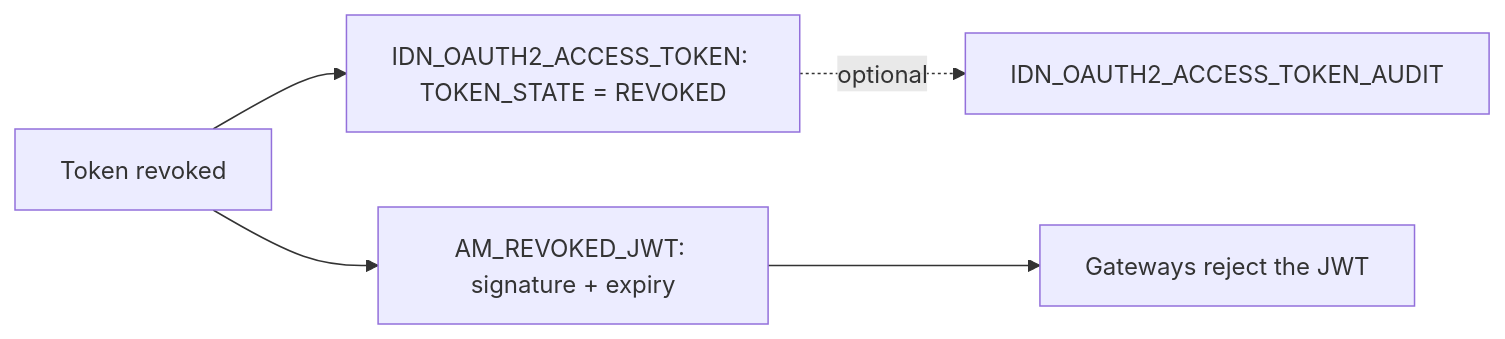
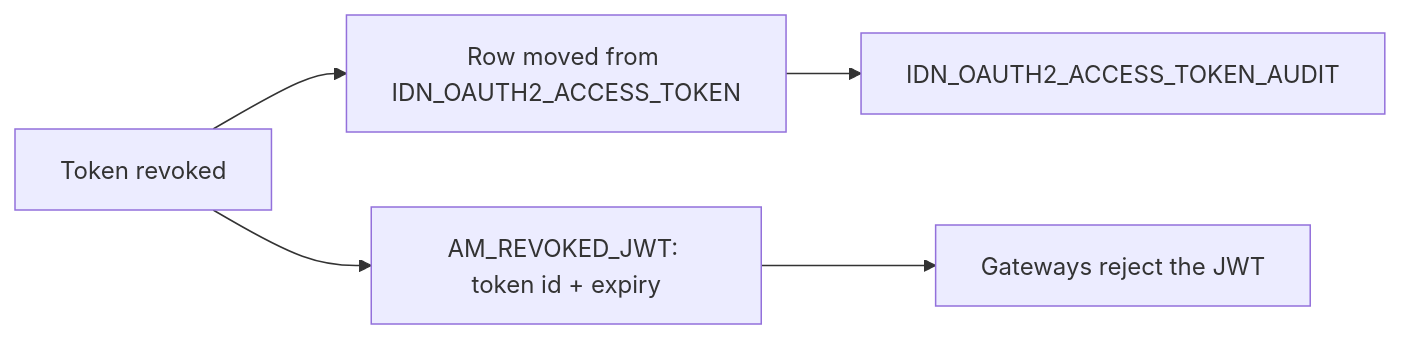
The diagram in docs/apim-3/domains/revocation.md (SaviNimz/apim-db-docs), drawn with Mermaid before and after one commit. The commit also changed other lines of this file and 55 other files, not shown here.

First line of the commit message:
Verify all core flows against running 3.2.0 and 4.7.0 servers

````diff
--- a/docs/apim-3/domains/revocation.md
+++ b/docs/apim-3/domains/revocation.md
@@ -19,7 +19,7 @@
 ```mermaid
 flowchart LR
-    R[Token revoked] --> T[IDN_OAUTH2_ACCESS_TOKEN: TOKEN_STATE = REVOKED]
-    R --> J[AM_REVOKED_JWT: signature + expiry]
+    R[Token revoked] --> T[Row moved from IDN_OAUTH2_ACCESS_TOKEN]
+    T --> A[IDN_OAUTH2_ACCESS_TOKEN_AUDIT]
+    R --> J[AM_REVOKED_JWT: token id + expiry]
     J --> G[Gateways reject the JWT]
-    T -. optional .-> A[IDN_OAUTH2_ACCESS_TOKEN_AUDIT]
 ```
````
